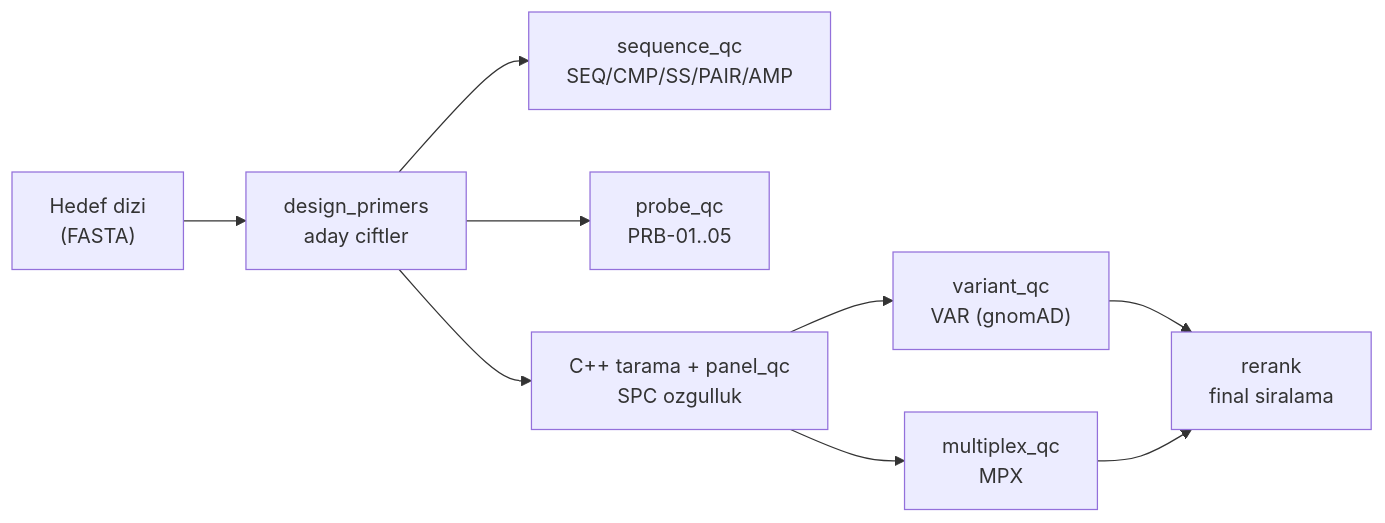
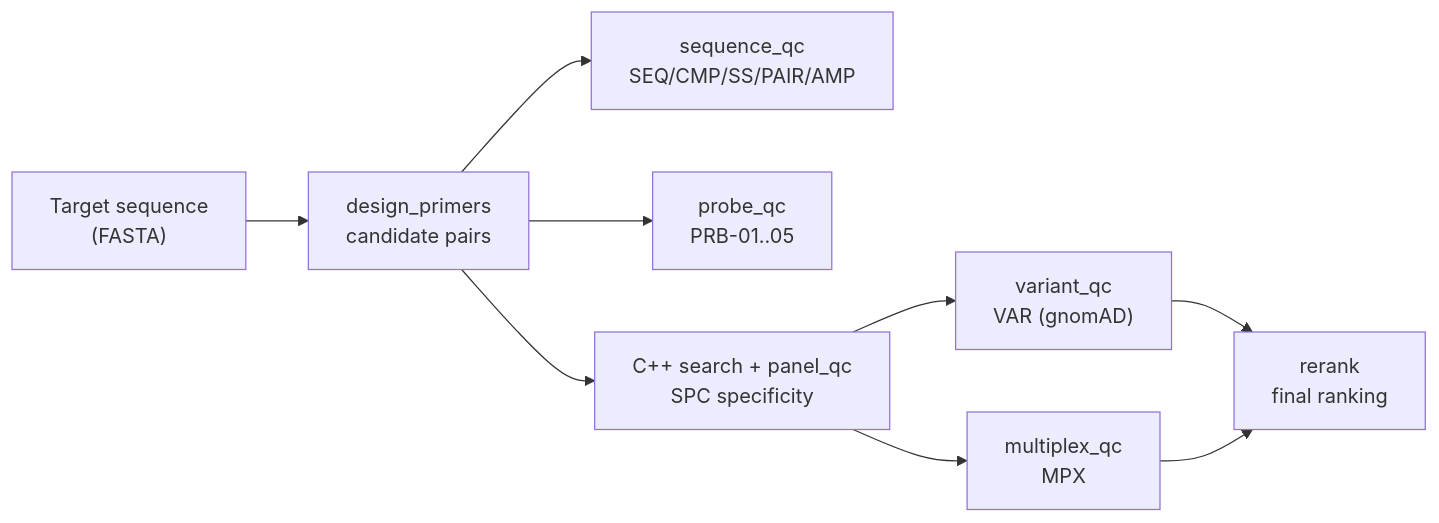
Before and after one commit to AyhanKutukcu/OligoScout: the diagram in README.md, drawn with Mermaid. The commit also changed other lines of this file and 1 other file, not shown here.

````diff
--- a/README.md
+++ b/README.md
@@ -73,11 +74,11 @@
 ```mermaid
 flowchart LR
-  T["Hedef dizi<br/>(FASTA)"] --> D["design_primers<br/>aday ciftler"]
+  T["Target sequence<br/>(FASTA)"] --> D["design_primers<br/>candidate pairs"]
   D --> S["sequence_qc<br/>SEQ/CMP/SS/PAIR/AMP"]
   D --> P["probe_qc<br/>PRB-01..05"]
-  D --> M["C++ tarama + panel_qc<br/>SPC ozgulluk"]
+  D --> M["C++ search + panel_qc<br/>SPC specificity"]
   M --> V["variant_qc<br/>VAR (gnomAD)"]
   M --> X["multiplex_qc<br/>MPX"]
-  V --> R["rerank<br/>final siralama"]
+  V --> R["rerank<br/>final ranking"]
   X --> R
 ```
````
